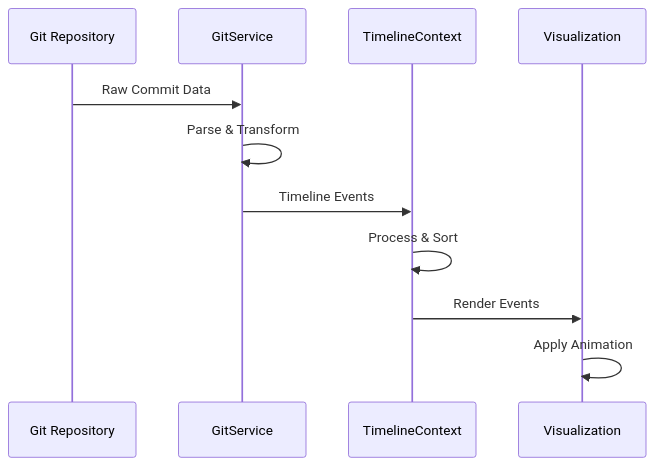
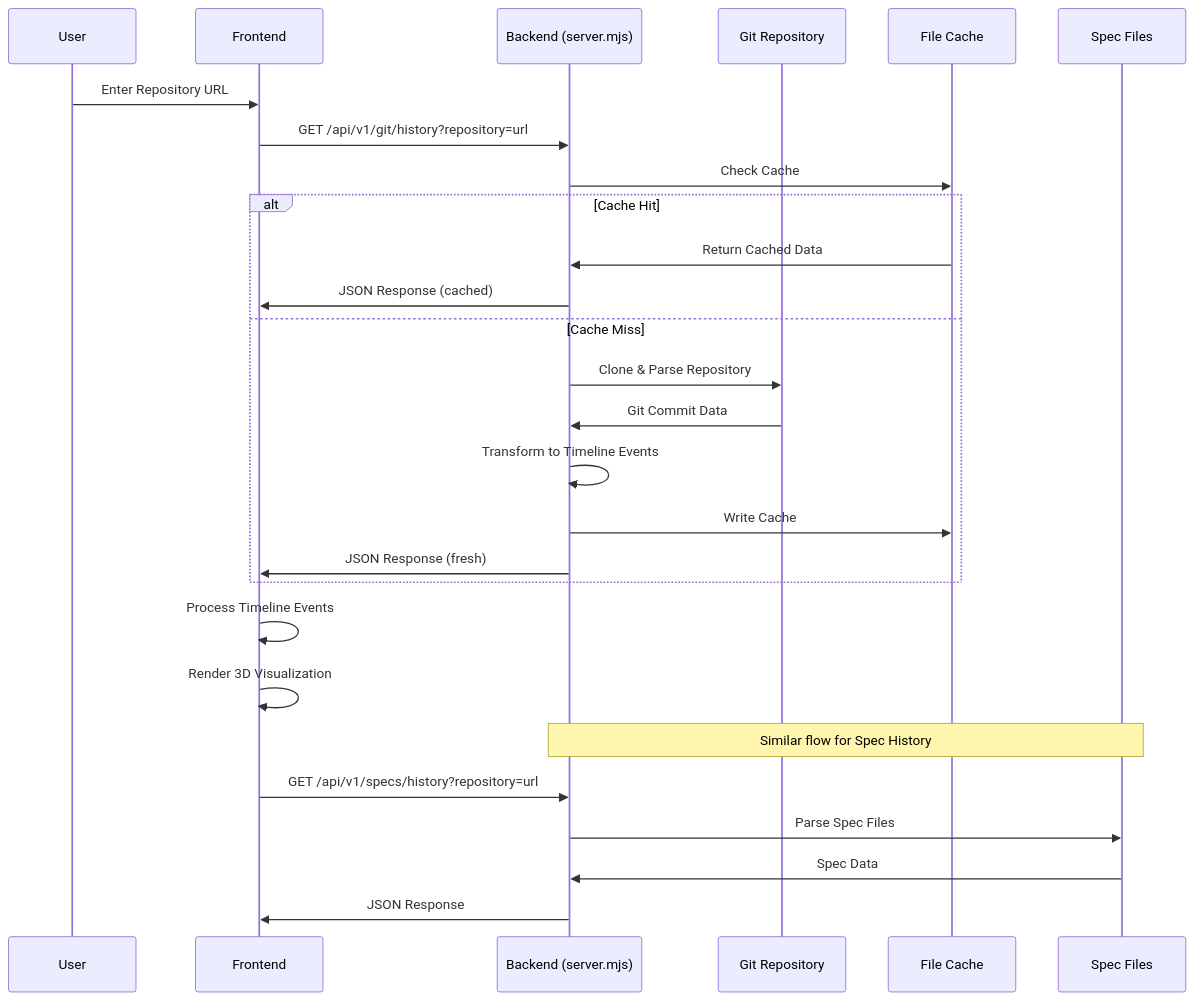
The third of 3 diagrams in docs/architecture.md (fwornle/timeline), drawn with Mermaid before and after one commit. The commit also changed other lines of this file and 3 other files, not shown here.

````diff
--- a/docs/architecture.md
+++ b/docs/architecture.md
@@ -71,14 +149,33 @@
 ```mermaid
 sequenceDiagram
+    participant U as User
+    participant F as Frontend
+    participant B as Backend (server.mjs)
     participant G as Git Repository
-    participant S as GitService
-    participant C as TimelineContext
-    participant V as Visualization
+    participant C as File Cache
+    participant S as Spec Files
 
-    G->>S: Raw Commit Data
-    S->>S: Parse & Transform
-    S->>C: Timeline Events
-    C->>C: Process & Sort
-    C->>V: Render Events
-    V->>V: Apply Animation
+    U->>F: Enter Repository URL
+    F->>B: GET /api/v1/git/history?repository=url
+    B->>C: Check Cache
+
+    alt Cache Hit
+        C->>B: Return Cached Data
+        B->>F: JSON Response (cached)
+    else Cache Miss
+        B->>G: Clone & Parse Repository
+        G->>B: Git Commit Data
+        B->>B: Transform to Timeline Events
+        B->>C: Write Cache
+        B->>F: JSON Response (fresh)
+    end
+
+    F->>F: Process Timeline Events
+    F->>F: Render 3D Visualization
+
+    Note over B,S: Similar flow for Spec History
+    F->>B: GET /api/v1/specs/history?repository=url
+    B->>S: Parse Spec Files
+    S->>B: Spec Data
+    B->>F: JSON Response
 ```
````
